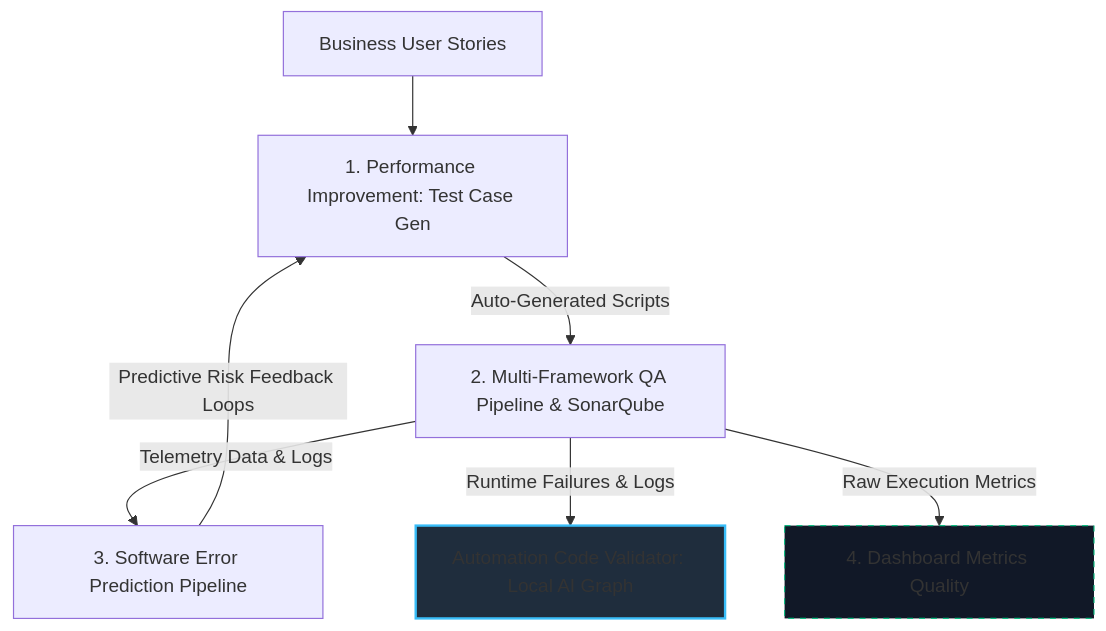
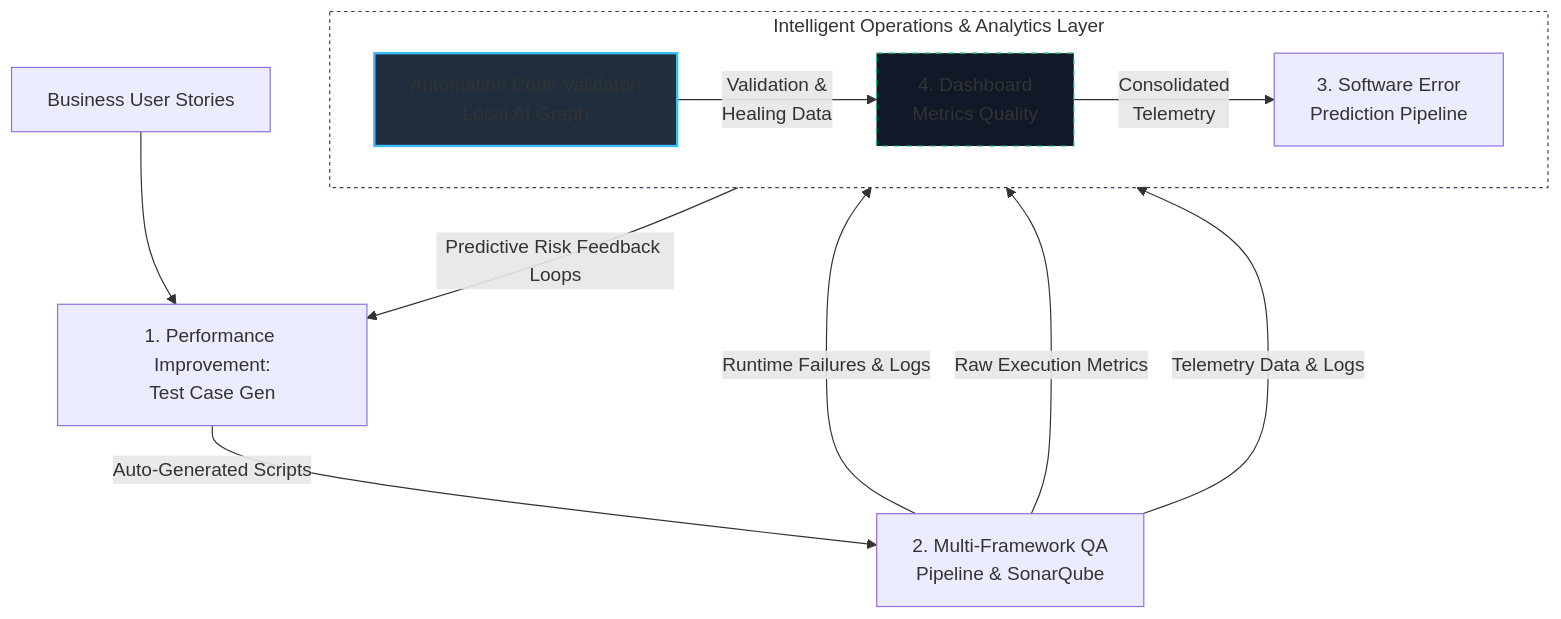
Before and after one commit to acorvello/acorvello: the diagram in README.md, drawn with Mermaid. The commit also changed other lines of this file and 1 other file, not shown here.

````diff
--- a/README.md
+++ b/README.md
@@ -43,11 +43,21 @@
 ```mermaid
 flowchart TD
-    Req[Business User Stories] --> P1[1. Performance Improvement: Test Case Gen]
-    P1 -->|Auto-Generated Scripts| P2[2. Multi-Framework QA Pipeline & SonarQube]
-    P2 -->|Telemetry Data & Logs| P3[3. Software Error Prediction Pipeline]
-    P2 -->|Runtime Failures & Logs| ACV[Automation Code Validator: Local AI Graph]
+    Req[Business User Stories] --> P1[1. Performance Improvement:<br>Test Case Gen]
+    P1 -->|Auto-Generated Scripts| P2[2. Multi-Framework QA<br>Pipeline & SonarQube]
+
+    subgraph ShiftRight [Intelligent Operations & Analytics Layer]
+        direction LR
+        ACV[Automation Code Validator:<br>Local AI Graph] -->|Validation &<br>Healing Data| DB[4. Dashboard<br>Metrics Quality]
+        DB -->|Consolidated<br>Telemetry| P3[3. Software Error<br>Prediction Pipeline]
+    end
+
+    P2 -->|Runtime Failures & Logs| ACV
+    P2 -->|Raw Execution Metrics| DB
+    P2 -->|Telemetry Data & Logs| P3
+    
     P3 -->|Predictive Risk Feedback Loops| P1
-    P2 -->|Raw Execution Metrics| DB[4. Dashboard Metrics Quality]
+
     style ACV fill:#1f2d3d,stroke:#38bdf8,stroke-width:2px
     style DB fill:#111827,stroke:#10b981,stroke-width:1px,stroke-dasharray: 5 5
+    style ShiftRight fill:transparent,stroke:#374151,stroke-width:1px,stroke-dasharray: 3 3
 ```
````
